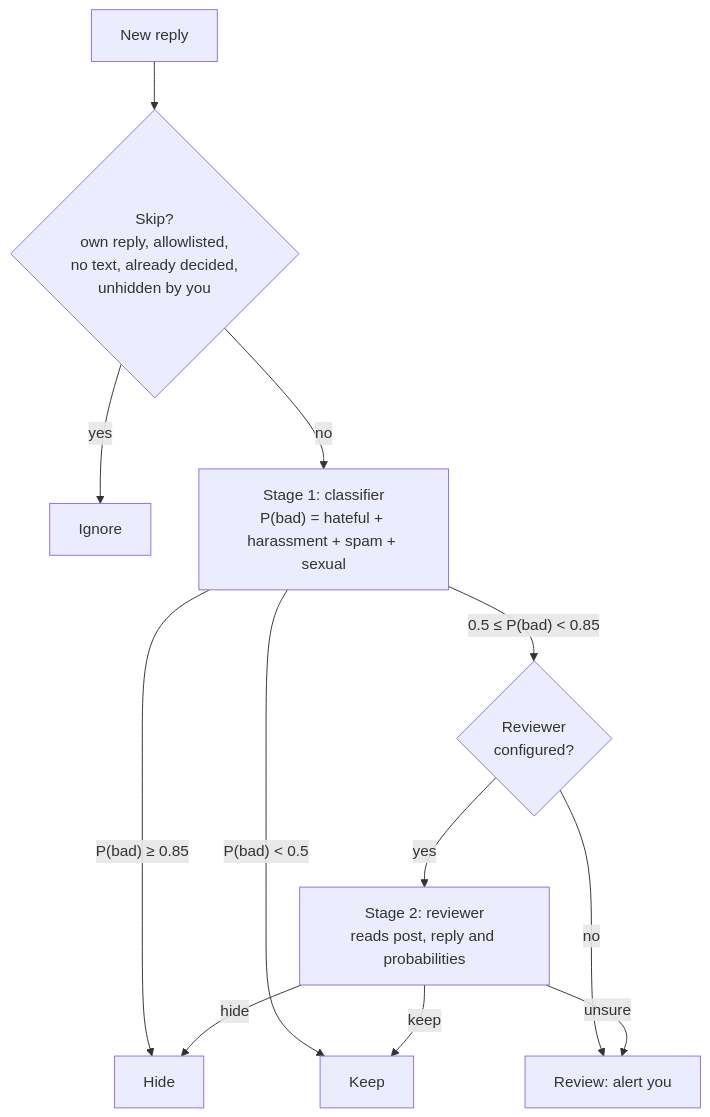
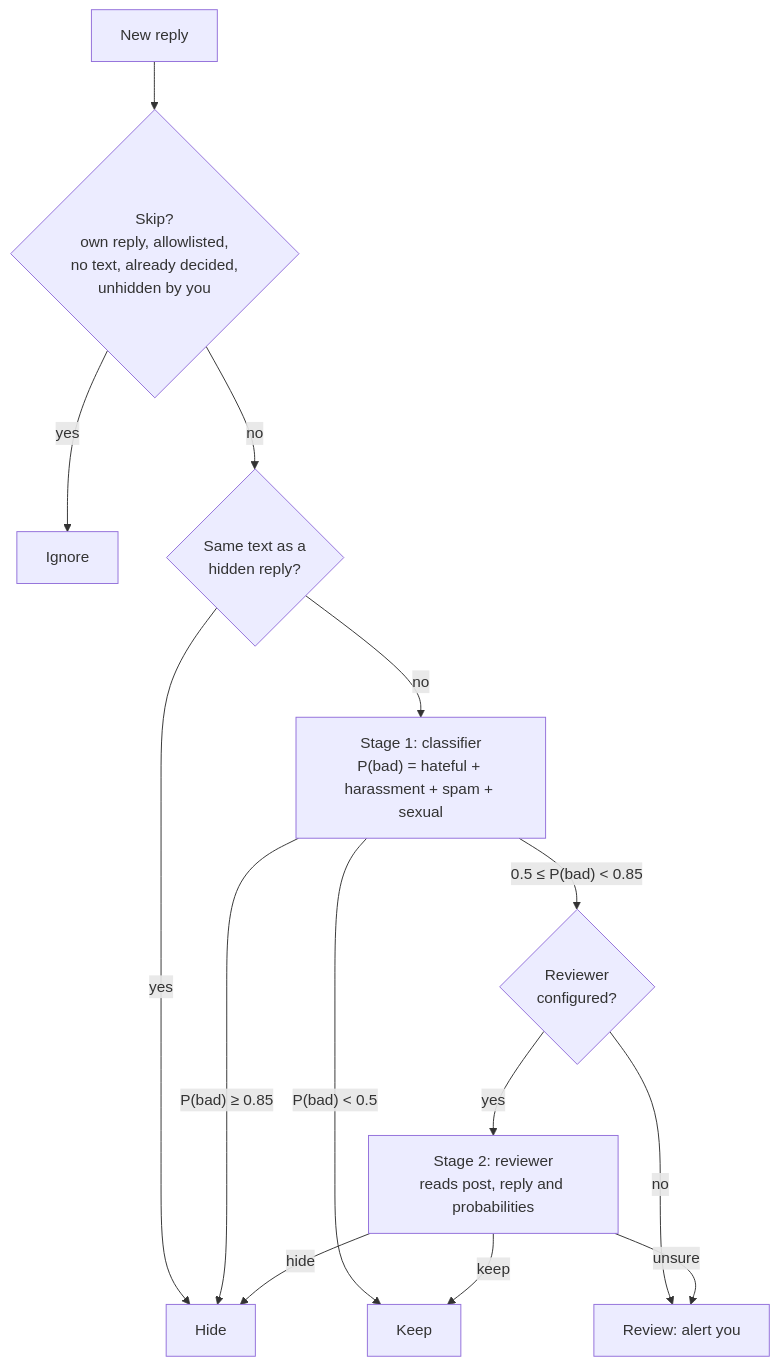
The diagram in README.md (franzramadhan/socialbtw), drawn with Mermaid before and after one commit. The commit also changed other lines of this file and 8 other files, not shown here.

````diff
--- a/README.md
+++ b/README.md
@@ -22,14 +22,16 @@
 ```mermaid
 flowchart TD
     R[New reply] --> S{Skip?<br/>own reply, allowlisted,<br/>no text, already decided,<br/>unhidden by you}
     S -- yes --> X[Ignore]
-    S -- no --> C["Stage 1: classifier<br/>P(bad) = hateful + harassment + spam + sexual"]
+    S -- no --> D{Same text as a<br/>hidden reply?}
+    D -- yes --> H
+    D -- no --> C["Stage 1: classifier<br/>P(bad) = hateful + harassment + spam + sexual"]
     C -- "P(bad) ≥ 0.85" --> H[Hide]
     C -- "0.5 ≤ P(bad) < 0.85" --> V{Reviewer<br/>configured?}
     C -- "P(bad) < 0.5" --> K[Keep]
     V -- yes --> L[Stage 2: reviewer<br/>reads post, reply and probabilities]
     V -- no --> Q[Review: alert you]
     L -- hide --> H
     L -- keep --> K
     L -- unsure --> Q
 ```
````
